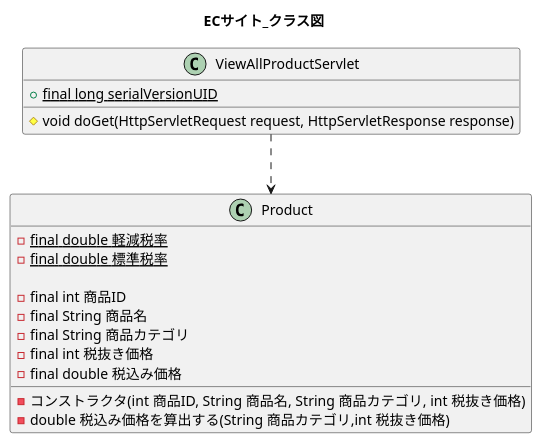
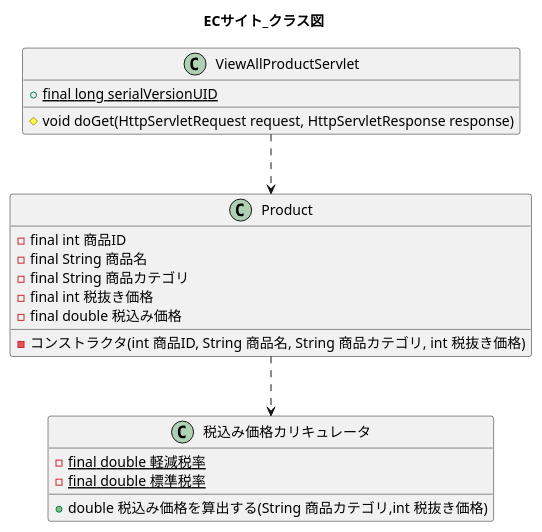
Before and after one commit to wnakayama/ojt_ecsite: the diagram in UML/ClassDiag.puml, drawn with PlantUML. The commit also changed 3 other files, not shown here.

```diff
--- a/UML/ClassDiag.puml
+++ b/UML/ClassDiag.puml
@@ -1,27 +1,35 @@
 @startuml
 title ECサイト_クラス図
 
 class ViewAllProductServlet {
     +{static} final long serialVersionUID
 
     #void doGet(HttpServletRequest request, HttpServletResponse response)
     ' -Product JSONを商品オブジェクトに変換する(String jsonstr)
     ' -String 商品オブジェクトをJSONに変換する(Product product)
 }
 
 ViewAllProductServlet ..> Product
 class Product {
-    -{static}final double 軽減税率
-    -{static}final double 標準税率
+    ' -{static}final double 軽減税率
+    ' -{static}final double 標準税率
 
     -final int 商品ID
     -final String 商品名
     -final String 商品カテゴリ
     -final int 税抜き価格
     -final double 税込み価格
 
     -コンストラクタ(int 商品ID, String 商品名, String 商品カテゴリ, int 税抜き価格)
-    -double 税込み価格を算出する(String 商品カテゴリ,int 税抜き価格)
+    ' -double 税込み価格を算出する(String 商品カテゴリ,int 税抜き価格)
+}
+
+Product ..> 税込み価格カリキュレータ
+class 税込み価格カリキュレータ {
+    -{static}final double 軽減税率
+    -{static}final double 標準税率
+
+    +double 税込み価格を算出する(String 商品カテゴリ,int 税抜き価格)
 }
 
 @enduml
```
